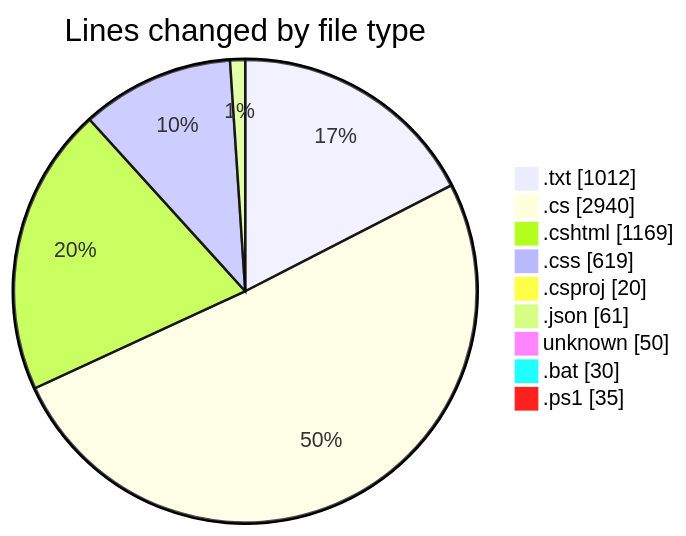
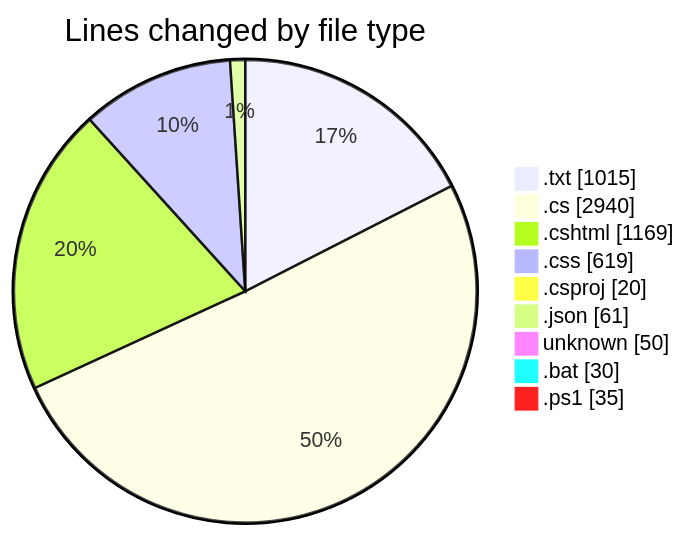
Before and after one commit to lephambinh05/code-tracking: the first of 2 diagrams in 2025-07-26/quanlyrapchieuphim-1/README.md, drawn with Mermaid. The commit also changed other lines of this file and 1 other file, not shown here.

````diff
--- a/2025-07-26/quanlyrapchieuphim-1/README.md
+++ b/2025-07-26/quanlyrapchieuphim-1/README.md
@@ -37,13 +37,13 @@
 ```mermaid
 pie showData
 title Lines changed by file type
-".txt" : 1012
+".txt" : 1015
 ".cs" : 2940
 ".cshtml" : 1169
 ".css" : 619
 ".csproj" : 20
 ".json" : 61
 "unknown" : 50
 ".bat" : 30
 ".ps1" : 35
 ```
````
